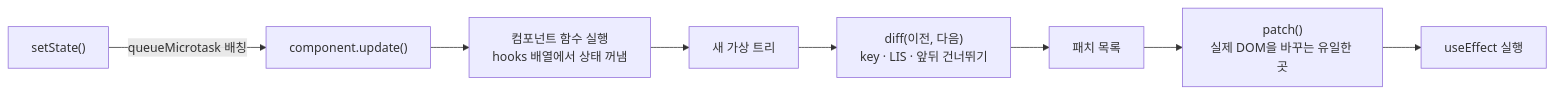
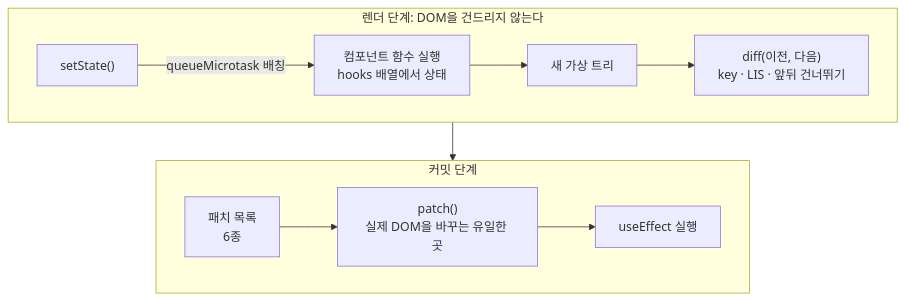
One commit to from-scratch-lab/mini-react changed the second of 3 diagrams in README.md. Above: the diagram before and after it, drawn with Mermaid. The commit also changed other lines of this file, not shown here.

````diff
--- a/README.md
+++ b/README.md
@@ -141,10 +145,12 @@
 ```mermaid
-flowchart LR
-  A["setState()"] -->|"queueMicrotask 배칭"| B["component.update()"]
-  B --> C["컴포넌트 함수 실행<br/>hooks 배열에서 상태 꺼냄"]
-  C --> D["새 가상 트리"]
-  D --> E["diff(이전, 다음)<br/>key · LIS · 앞뒤 건너뛰기"]
-  E --> F["패치 목록"]
-  F --> G["patch()<br/>실제 DOM을 바꾸는 유일한 곳"]
-  G --> H["useEffect 실행"]
+flowchart TB
+  subgraph render["렌더 단계: DOM을 건드리지 않는다"]
+    direction LR
+    A["setState()"] -->|"queueMicrotask 배칭"| B["컴포넌트 함수 실행<br/>hooks 배열에서 상태"] --> C["새 가상 트리"] --> D["diff(이전, 다음)<br/>key · LIS · 앞뒤 건너뛰기"]
+  end
+  subgraph commit["커밋 단계"]
+    direction LR
+    E["패치 목록<br/>6종"] --> F["patch()<br/>실제 DOM을 바꾸는 유일한 곳"] --> G["useEffect 실행"]
+  end
+  D --> E
 ```
````
